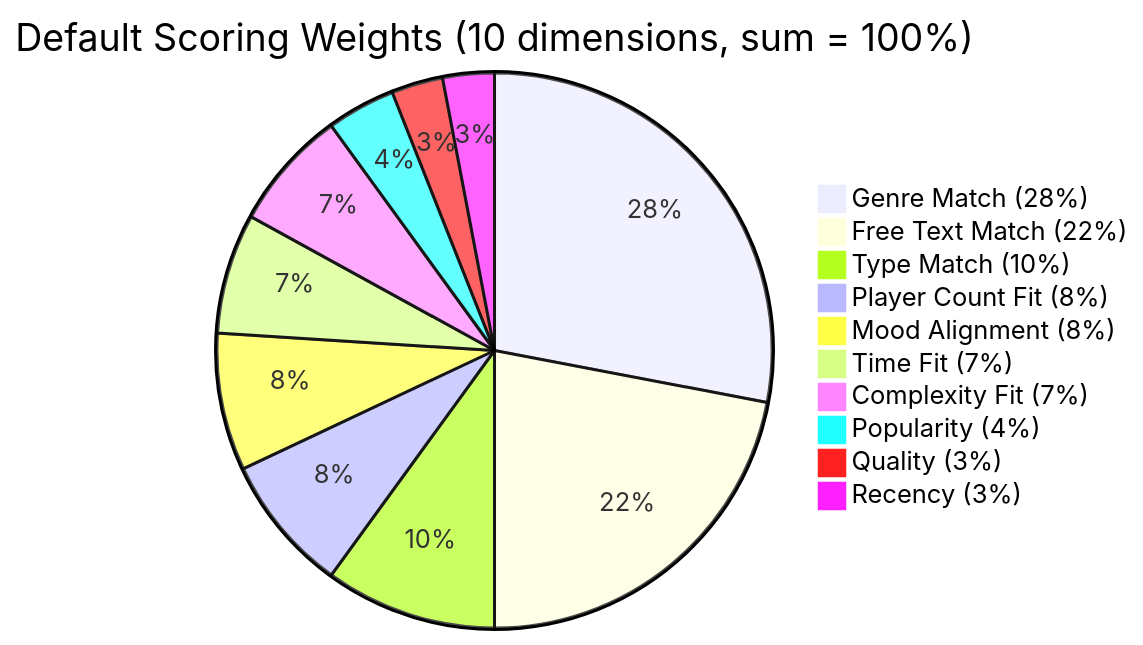
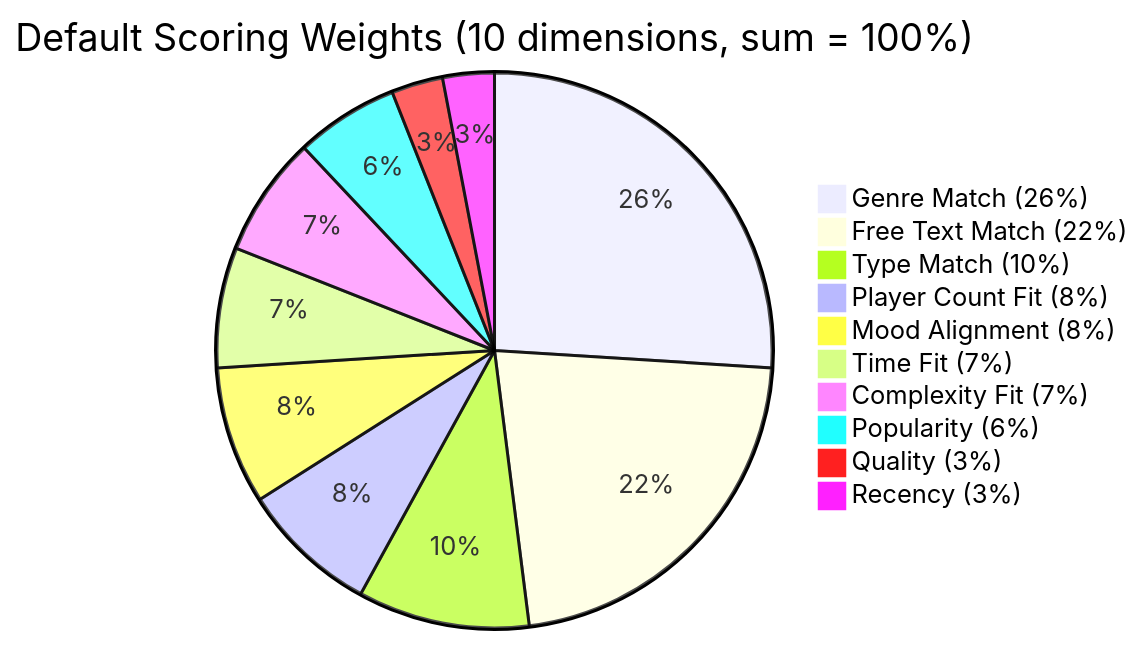
The fifth of 11 diagrams in docs/TECHNICAL-REVIEW-PACKET.md (stopitdan/recommendagame), drawn with Mermaid before and after one commit. The commit also changed other lines of this file and 14 other files, not shown here.

````diff
--- a/docs/TECHNICAL-REVIEW-PACKET.md
+++ b/docs/TECHNICAL-REVIEW-PACKET.md
@@ -290,13 +290,13 @@
 ```mermaid
 pie title Default Scoring Weights (10 dimensions, sum = 100%)
-    "Genre Match (28%)" : 28
+    "Genre Match (26%)" : 26
     "Free Text Match (22%)" : 22
     "Type Match (10%)" : 10
     "Player Count Fit (8%)" : 8
     "Mood Alignment (8%)" : 8
     "Time Fit (7%)" : 7
     "Complexity Fit (7%)" : 7
-    "Popularity (4%)" : 4
+    "Popularity (6%)" : 6
     "Quality (3%)" : 3
     "Recency (3%)" : 3
 ```
````
